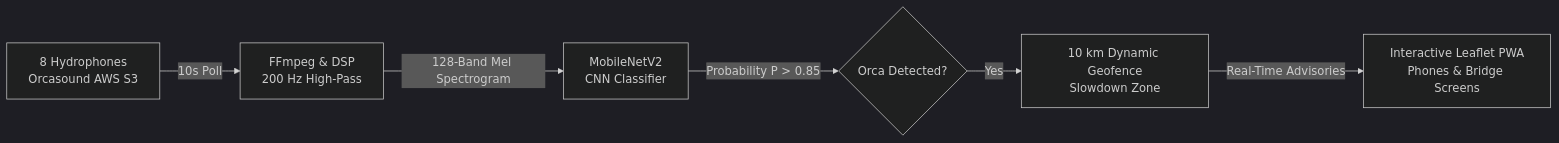
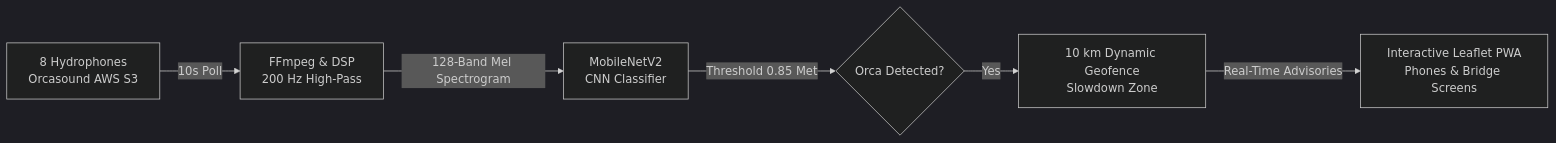
The diagram in README.md (ShreyomP/SilenceOfSound), drawn with Mermaid (dark theme) before and after one commit. The commit also changed 1 other file, not shown here.

Commit message:
Fix Mermaid diagram syntax for GitHub rendering

````diff
--- a/README.md
+++ b/README.md
@@ -47,8 +47,8 @@
 ```mermaid
 flowchart LR
-    A[8 Hydrophones\nOrcasound AWS S3] -->|10s Poll| B[FFmpeg & DSP\n200 Hz High-Pass]
-    B -->|128-Band Mel Spectrogram| C[MobileNetV2\nCNN Classifier]
-    C -->|Probability P > 0.85| D{Orca Detected?}
-    D -->|Yes| E[10 km Dynamic Geofence\nSlowdown Zone]
-    E -->|Real-Time Advisories| F[Interactive Leaflet PWA\nPhones & Bridge Screens]
+    A["8 Hydrophones<br/>Orcasound AWS S3"] -->|10s Poll| B["FFmpeg & DSP<br/>200 Hz High-Pass"]
+    B -->|128-Band Mel Spectrogram| C["MobileNetV2<br/>CNN Classifier"]
+    C -->|Threshold 0.85 Met| D{"Orca Detected?"}
+    D -->|Yes| E["10 km Dynamic Geofence<br/>Slowdown Zone"]
+    E -->|Real-Time Advisories| F["Interactive Leaflet PWA<br/>Phones & Bridge Screens"]
 ```
````
